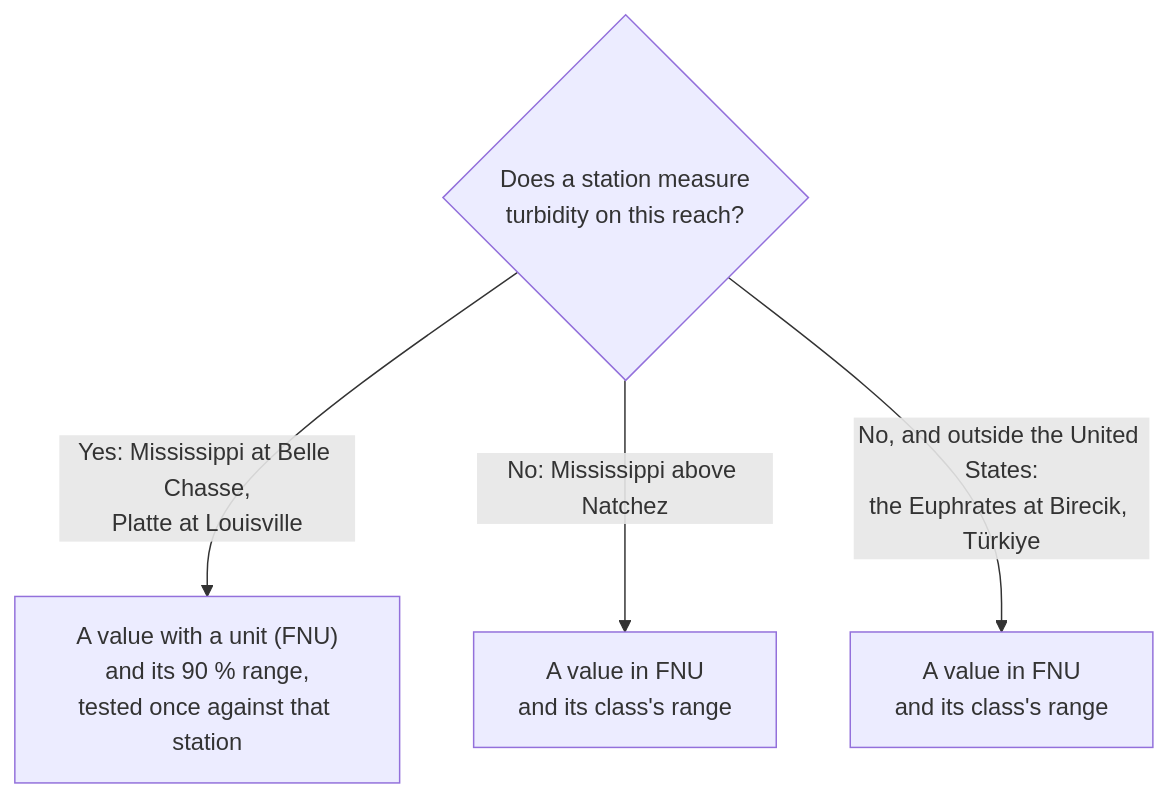
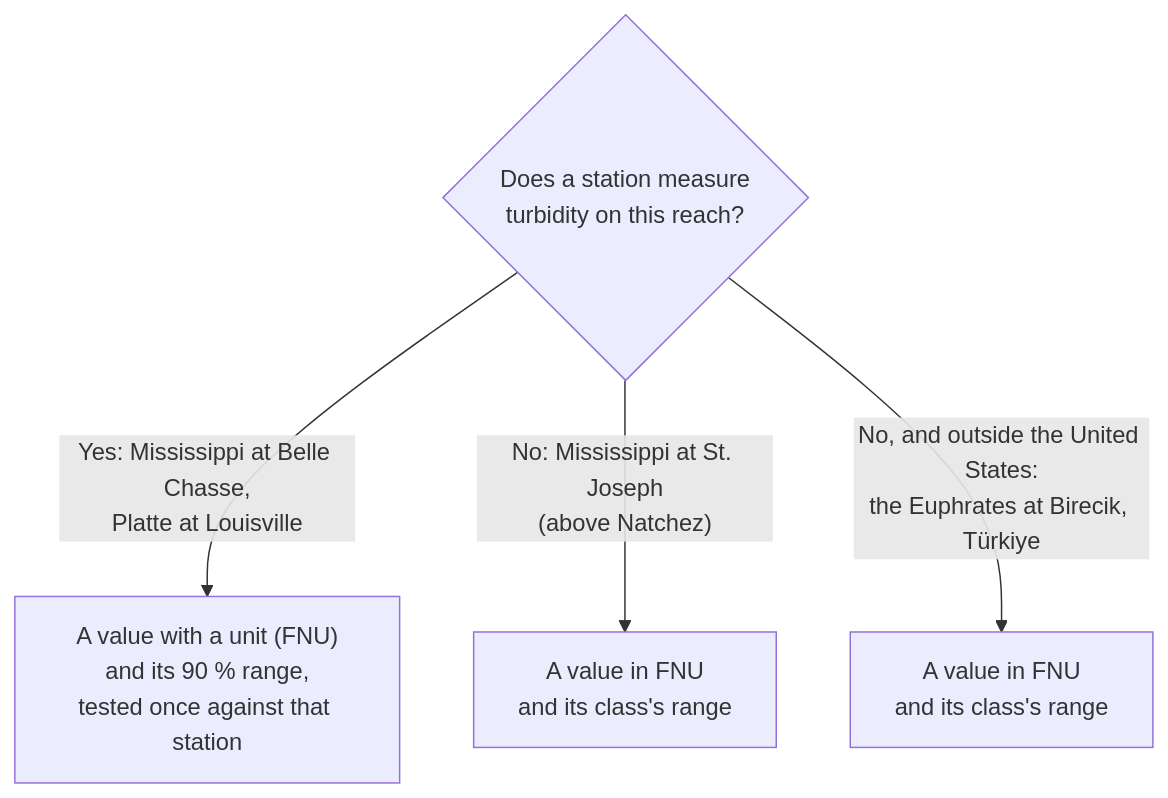
One commit to saulo1112/RiverEtch changed the second of 2 diagrams in README.md. Above: the diagram before and after it, drawn with Mermaid. The commit also changed other lines of this file, not shown here.

````diff
--- a/README.md
+++ b/README.md
@@ -77,7 +113,7 @@
 ```mermaid
 flowchart TD
   Q{"Does a station measure<br/>turbidity on this reach?"}
   Q -->|"Yes: Mississippi at Belle Chasse,<br/>Platte at Louisville"| A["A value with a unit (FNU)<br/>and its 90 % range,<br/>tested once against that station"]
-  Q -->|"No: Mississippi above Natchez"| B["A value in FNU<br/>and its class's range"]
+  Q -->|"No: Mississippi at St. Joseph<br/>(above Natchez)"| B["A value in FNU<br/>and its class's range"]
   Q -->|"No, and outside the United States:<br/>the Euphrates at Birecik, Türkiye"| C["A value in FNU<br/>and its class's range"]
 ```
````
